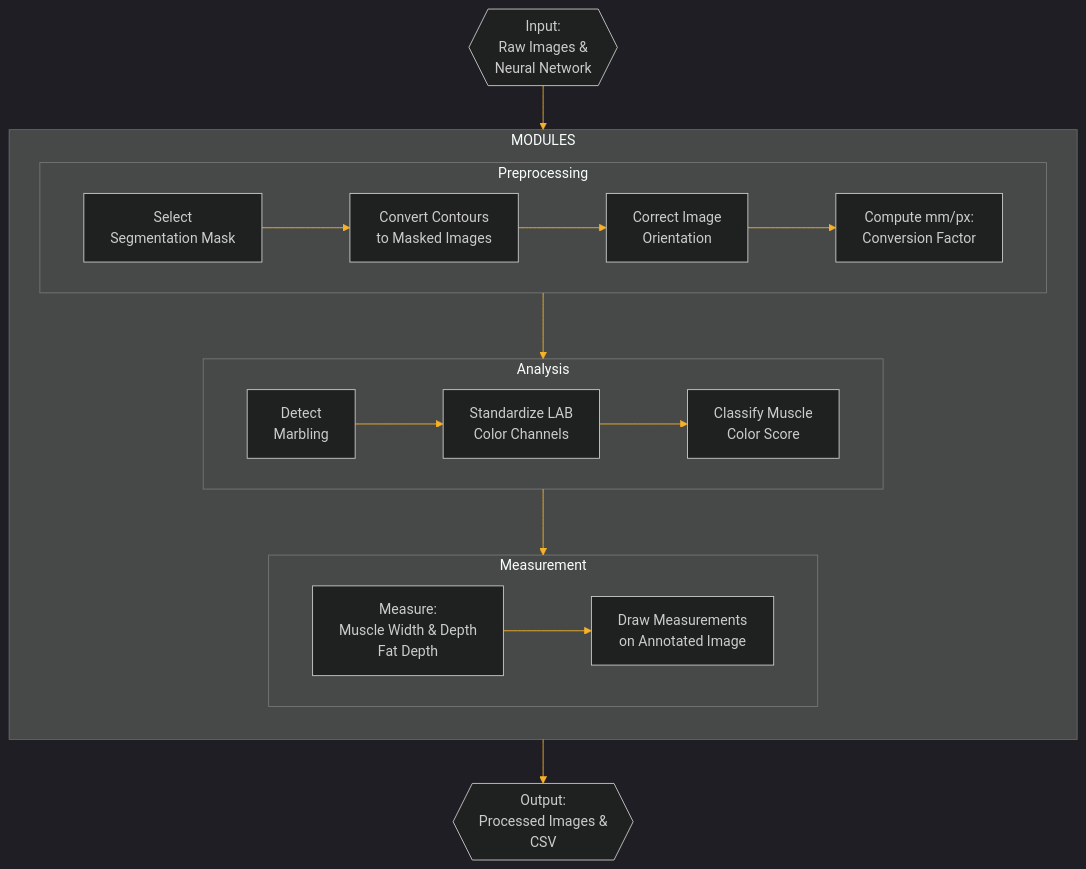
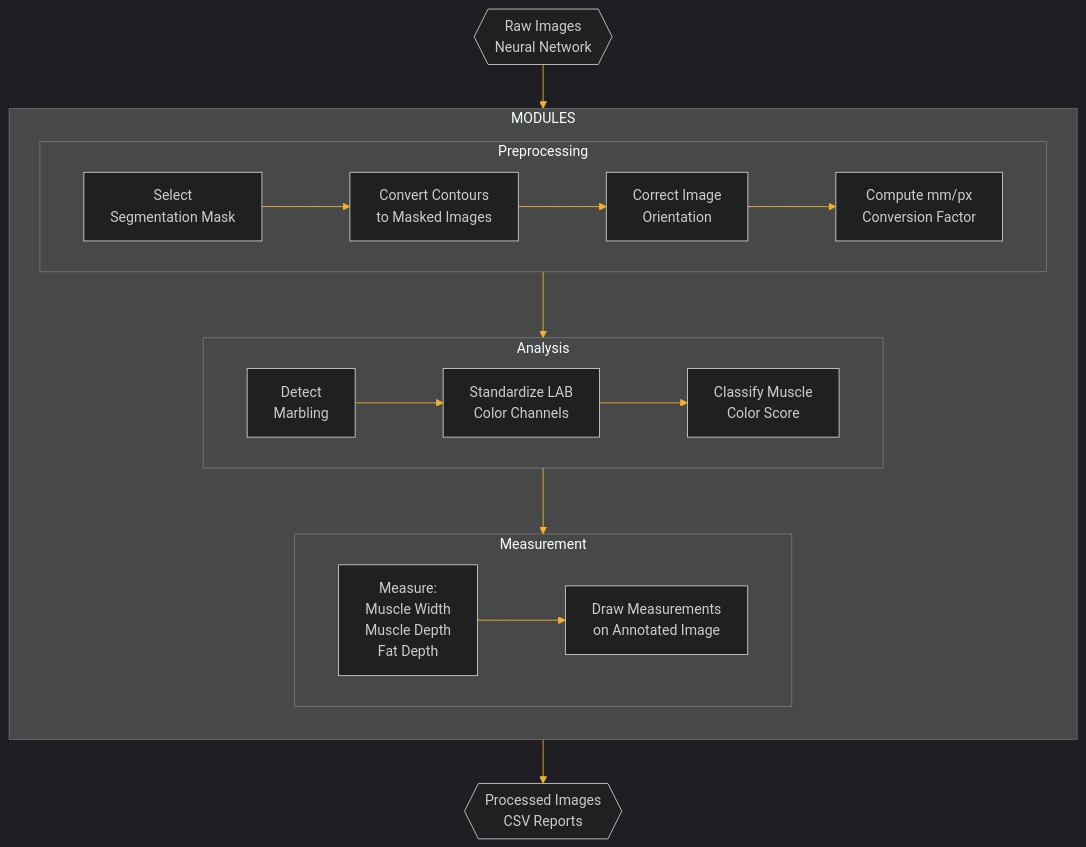
Before and after one commit to AAFC-Bioinfo-AAC/pork-vision: the diagram in README.md, drawn with Mermaid.

Commit message:
Refine flowchart labels for clarity in README.md

````diff
--- a/README.md
+++ b/README.md
@@ -115,29 +115,29 @@
 ```mermaid
 ---
 config:
   theme: 'dark'
   themeVariables:
     lineColor: '#F8B229'
 ---
 flowchart TB
     subgraph MODULES
       direction TB
       subgraph Preprocessing
         direction LR
         B[Select<br>Segmentation Mask] --> C[Convert Contours<br>to Masked Images]
         C --> D[Correct Image<br>Orientation]
-        D --> E[Compute mm/px:<br>Conversion Factor]
+        D --> E[Compute mm/px<br>Conversion Factor]
       end
       subgraph Analysis
         direction LR
         F[Detect<br>Marbling] --> G[Standardize LAB<br>Color Channels]
         G --> H[Classify Muscle<br>Color Score]
       end
       subgraph Measurement
         direction LR
-        I[Measure:<br>Muscle Width & Depth<br>Fat Depth] --> J[Draw Measurements<br>on Annotated Image]
+        I[Measure:<br>Muscle Width<br>Muscle Depth<br>Fat Depth] --> J[Draw Measurements<br>on Annotated Image]
       end
     end
-    A{{Input:<br>Raw Images &<br>Neural Network}} --> MODULES --> Z{{Output:<br>Processed Images &<br>CSV}}
+    A{{Raw Images<br>Neural Network}} --> MODULES --> Z{{Processed Images<br>CSV Reports}}
     Preprocessing --> Analysis --> Measurement
 ```
````
